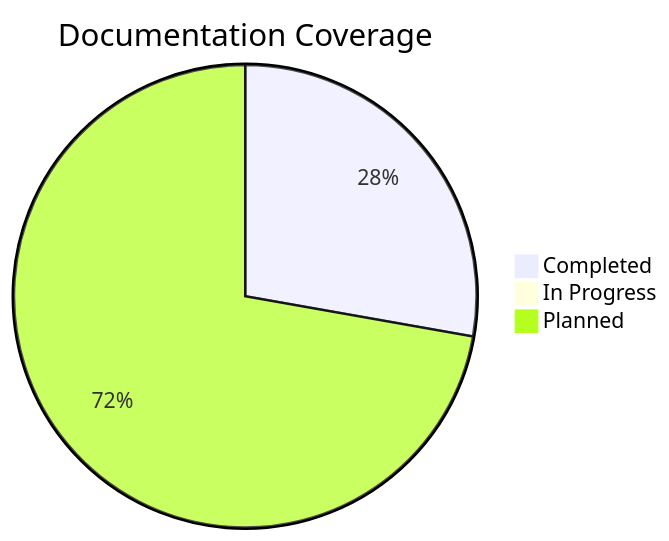
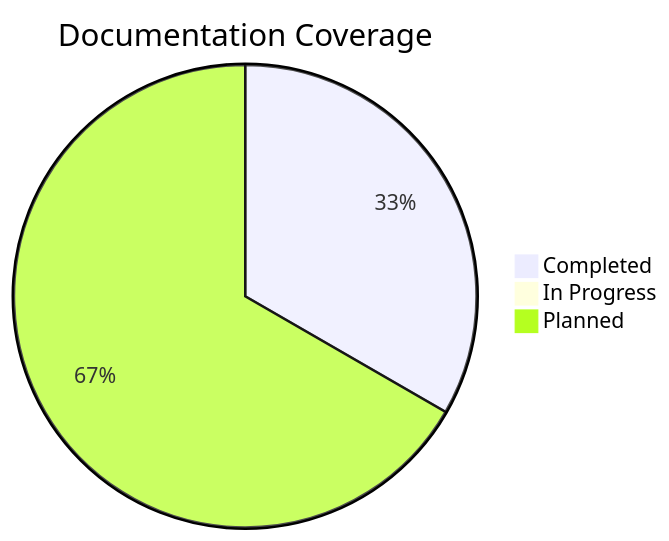
The second of 2 diagrams in docs/index.md (abhayraj-ops/Cake-Learn), drawn with Mermaid before and after one commit. The commit also changed other lines of this file and 6 other files, not shown here.

````diff
--- a/docs/index.md
+++ b/docs/index.md
@@ -182,6 +189,6 @@
 ```mermaid
 pie title Documentation Coverage
-    "Completed" : 5
+    "Completed" : 6
     "In Progress" : 0
-    "Planned" : 13
+    "Planned" : 12
 ```
````
